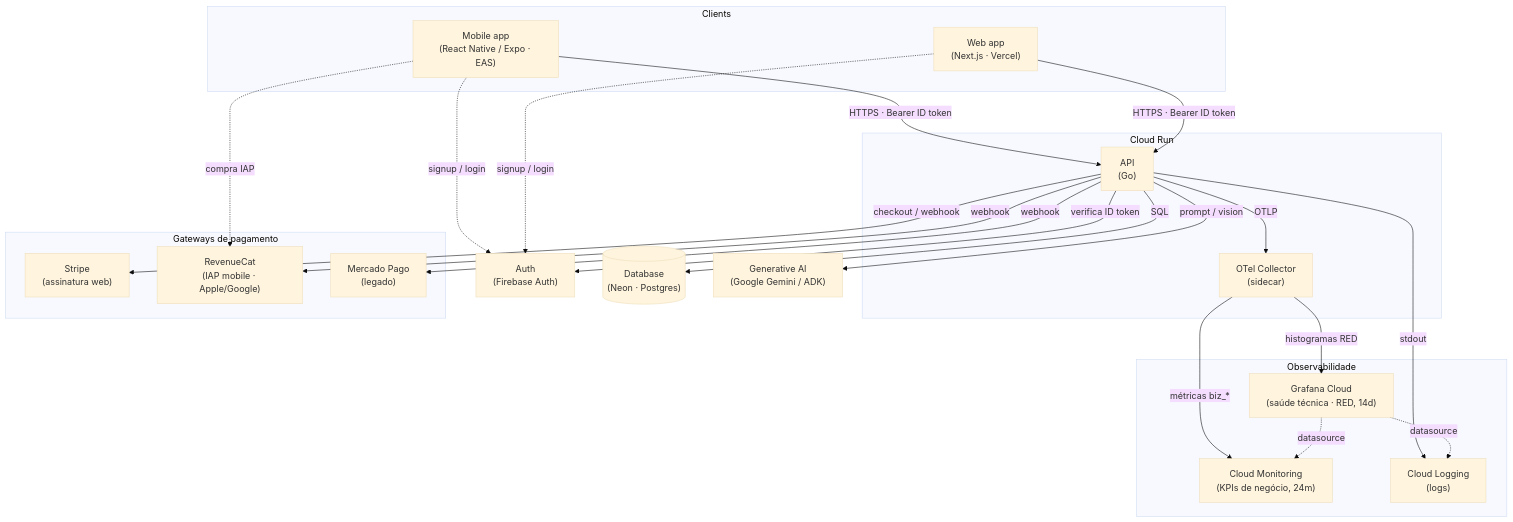
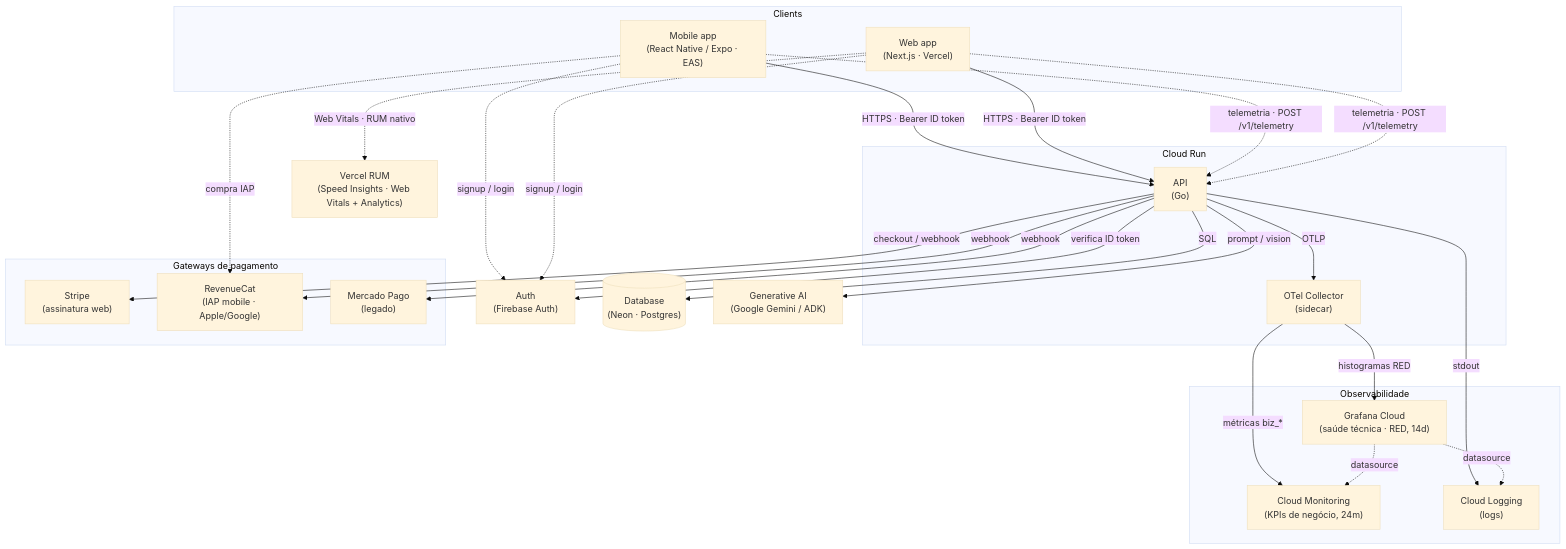
Before and after one commit to silvioubaldino/personal-finance-context: the diagram in architecture.md, drawn with Mermaid (base theme). The commit also changed other lines of this file and 2 other files, not shown here.

Commit message:
docs(AYD-002, ARCH): unifica telemetria web/mobile em POST /v1/telemetry (#7)

````diff
--- a/architecture.md
+++ b/architecture.md
@@ -32,47 +32,51 @@
 ```mermaid
 flowchart TB
     subgraph clients[Clients]
         mobile["Mobile app<br/>(React Native / Expo · EAS)"]
         web["Web app<br/>(Next.js · Vercel)"]
     end
 
     subgraph run[Cloud Run]
         api["API<br/>(Go)"]
         otel["OTel Collector<br/>(sidecar)"]
     end
 
     auth["Auth<br/>(Firebase Auth)"]
     db[("Database<br/>(Neon · Postgres)")]
     ai["Generative AI<br/>(Google Gemini / ADK)"]
+    vercel["Vercel RUM<br/>(Speed Insights · Web Vitals + Analytics)"]
 
     subgraph pay[Gateways de pagamento]
         stripe["Stripe<br/>(assinatura web)"]
         revenuecat["RevenueCat<br/>(IAP mobile · Apple/Google)"]
         mp["Mercado Pago<br/>(legado)"]
     end
 
     subgraph obs[Observabilidade]
         grafana["Grafana Cloud<br/>(saúde técnica · RED, 14d)"]
         cloudmon["Cloud Monitoring<br/>(KPIs de negócio, 24m)"]
         cloudlog["Cloud Logging<br/>(logs)"]
     end
 
     mobile -->|"HTTPS · Bearer ID token"| api
     web -->|"HTTPS · Bearer ID token"| api
+    mobile -.->|"telemetria · POST /v1/telemetry"| api
+    web -.->|"telemetria · POST /v1/telemetry"| api
+    web -.->|"Web Vitals · RUM nativo"| vercel
     mobile -.->|"signup / login"| auth
     web -.->|"signup / login"| auth
     api -->|"verifica ID token"| auth
     api -->|SQL| db
     api -->|"checkout / webhook"| stripe
     mobile -.->|"compra IAP"| revenuecat
     api -->|webhook| revenuecat
     api -->|"webhook"| mp
     api -->|"prompt / vision"| ai
 
     api -->|OTLP| otel
     otel -->|"histogramas RED"| grafana
     otel -->|"métricas biz_*"| cloudmon
     api -->|stdout| cloudlog
     grafana -.->|datasource| cloudmon
     grafana -.->|datasource| cloudlog
 ```
````
